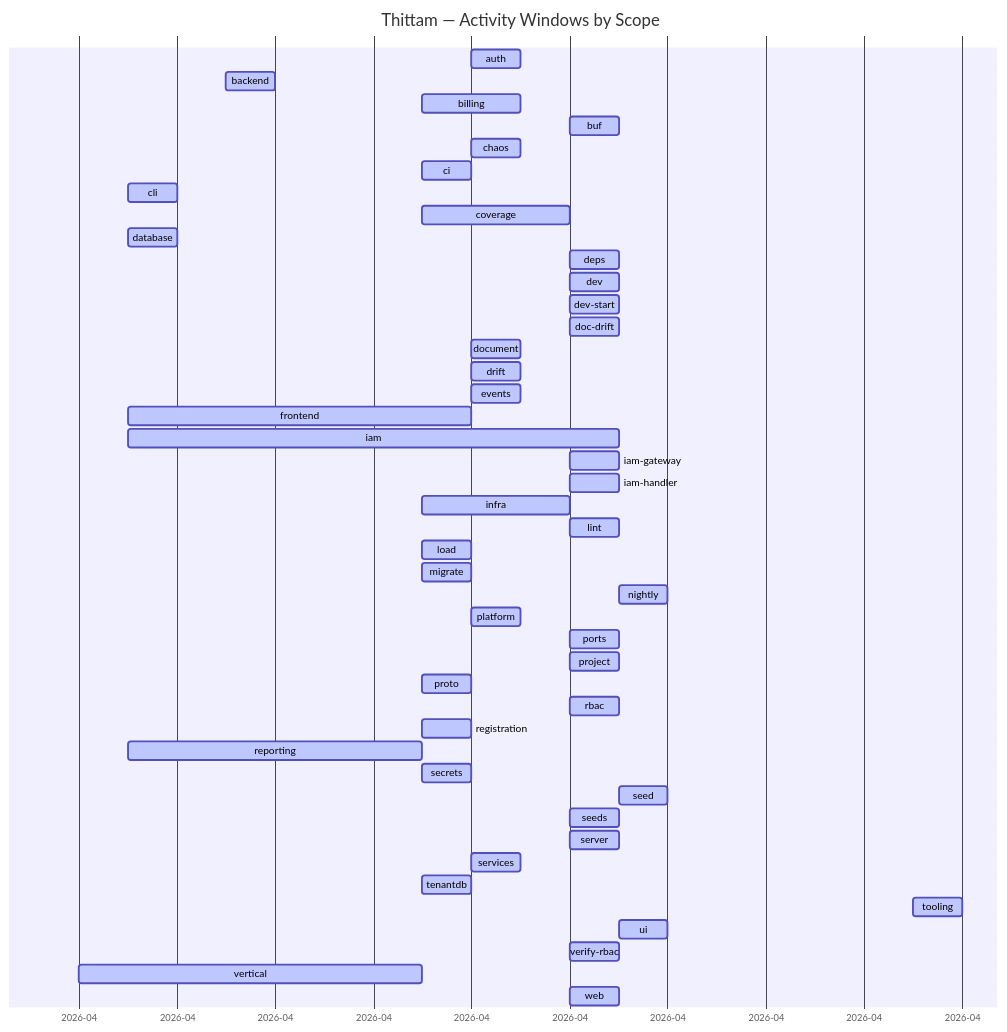
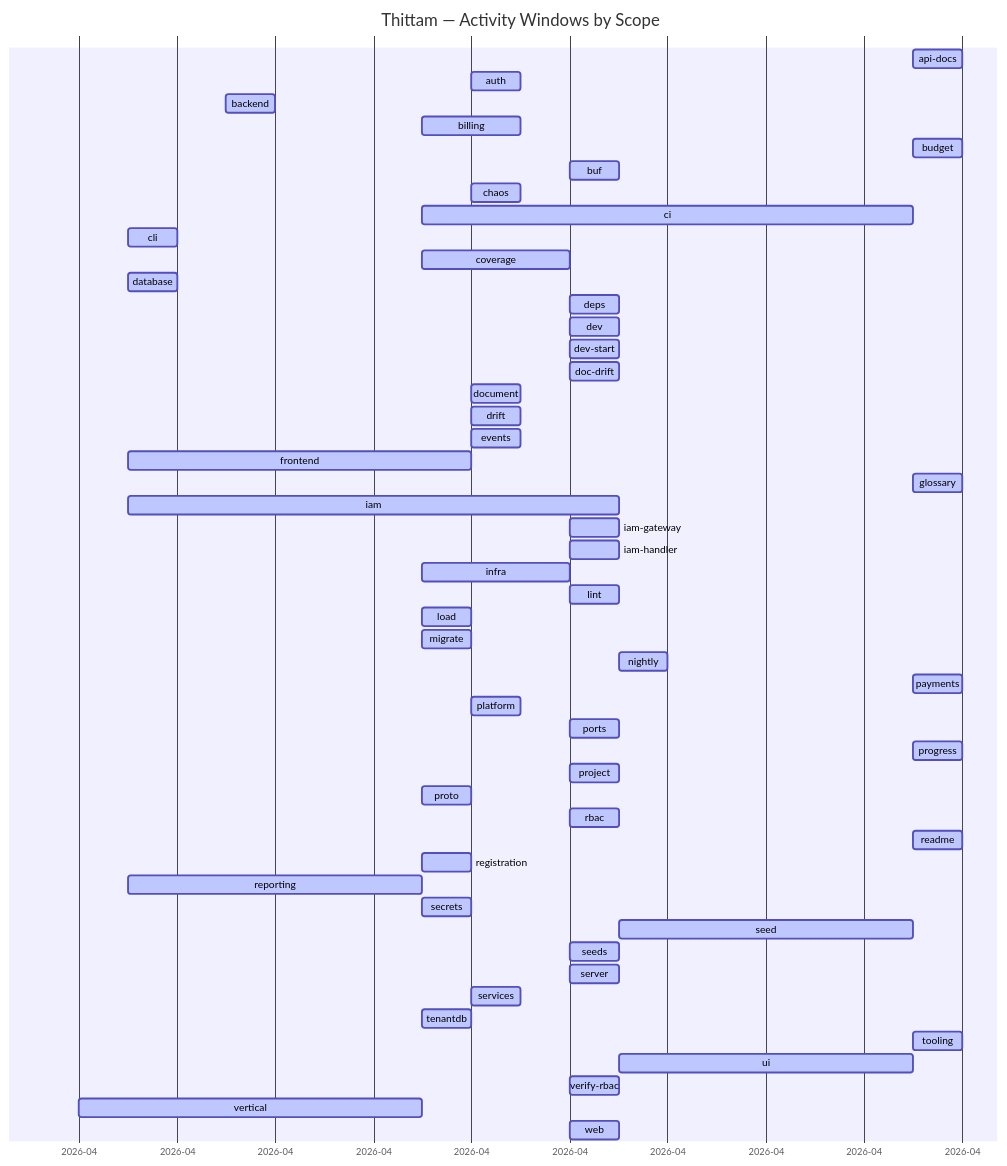
The diagram in docs/PROGRESS.md (wegofwd2020-hub/thittam), drawn with Mermaid before and after one commit. The commit also changed other lines of this file and 3 other files, not shown here.

````diff
--- a/docs/PROGRESS.md
+++ b/docs/PROGRESS.md
@@ -9,49 +9,55 @@
 ```mermaid
 gantt
     title Thittam — Activity Windows by Scope
     dateFormat YYYY-MM-DD
     axisFormat %Y-%m
+    api-docs           :active, s_api_docs, 2026-04-20, 2026-04-21
     auth               :active, s_auth, 2026-04-11, 2026-04-12
     backend            :active, s_backend, 2026-04-06, 2026-04-07
     billing            :active, s_billing, 2026-04-10, 2026-04-12
+    budget             :active, s_budget, 2026-04-20, 2026-04-21
     buf                :active, s_buf, 2026-04-13, 2026-04-14
     chaos              :active, s_chaos, 2026-04-11, 2026-04-12
-    ci                 :active, s_ci, 2026-04-10, 2026-04-11
+    ci                 :active, s_ci, 2026-04-10, 2026-04-20
     cli                :active, s_cli, 2026-04-04, 2026-04-05
     coverage           :active, s_coverage, 2026-04-10, 2026-04-13
     database           :active, s_database, 2026-04-04, 2026-04-05
     deps               :active, s_deps, 2026-04-13, 2026-04-14
     dev                :active, s_dev, 2026-04-13, 2026-04-14
     dev-start          :active, s_dev_start, 2026-04-13, 2026-04-14
     doc-drift          :active, s_doc_drift, 2026-04-13, 2026-04-14
     document           :active, s_document, 2026-04-11, 2026-04-12
     drift              :active, s_drift, 2026-04-11, 2026-04-12
     events             :active, s_events, 2026-04-11, 2026-04-12
     frontend           :active, s_frontend, 2026-04-04, 2026-04-11
+    glossary           :active, s_glossary, 2026-04-20, 2026-04-21
     iam                :active, s_iam, 2026-04-04, 2026-04-14
     iam-gateway        :active, s_iam_gateway, 2026-04-13, 2026-04-14
     iam-handler        :active, s_iam_handler, 2026-04-13, 2026-04-14
     infra              :active, s_infra, 2026-04-10, 2026-04-13
     lint               :active, s_lint, 2026-04-13, 2026-04-14
     load               :active, s_load, 2026-04-10, 2026-04-11
     migrate            :active, s_migrate, 2026-04-10, 2026-04-11
     nightly            :active, s_nightly, 2026-04-14, 2026-04-15
+    payments           :active, s_payments, 2026-04-20, 2026-04-21
     platform           :active, s_platform, 2026-04-11, 2026-04-12
     ports              :active, s_ports, 2026-04-13, 2026-04-14
+    progress           :active, s_progress, 2026-04-20, 2026-04-21
     project            :active, s_project, 2026-04-13, 2026-04-14
     proto              :active, s_proto, 2026-04-10, 2026-04-11
     rbac               :active, s_rbac, 2026-04-13, 2026-04-14
+    readme             :active, s_readme, 2026-04-20, 2026-04-21
     registration       :active, s_registration, 2026-04-10, 2026-04-11
     reporting          :active, s_reporting, 2026-04-04, 2026-04-10
     secrets            :active, s_secrets, 2026-04-10, 2026-04-11
-    seed               :active, s_seed, 2026-04-14, 2026-04-15
+    seed               :active, s_seed, 2026-04-14, 2026-04-20
     seeds              :active, s_seeds, 2026-04-13, 2026-04-14
     server             :active, s_server, 2026-04-13, 2026-04-14
     services           :active, s_services, 2026-04-11, 2026-04-12
     tenantdb           :active, s_tenantdb, 2026-04-10, 2026-04-11
     tooling            :active, s_tooling, 2026-04-20, 2026-04-21
-    ui                 :active, s_ui, 2026-04-14, 2026-04-15
+    ui                 :active, s_ui, 2026-04-14, 2026-04-20
     verify-rbac        :active, s_verify_rbac, 2026-04-13, 2026-04-14
     vertical           :active, s_vertical, 2026-04-03, 2026-04-10
     web                :active, s_web, 2026-04-13, 2026-04-14
 ```
````
